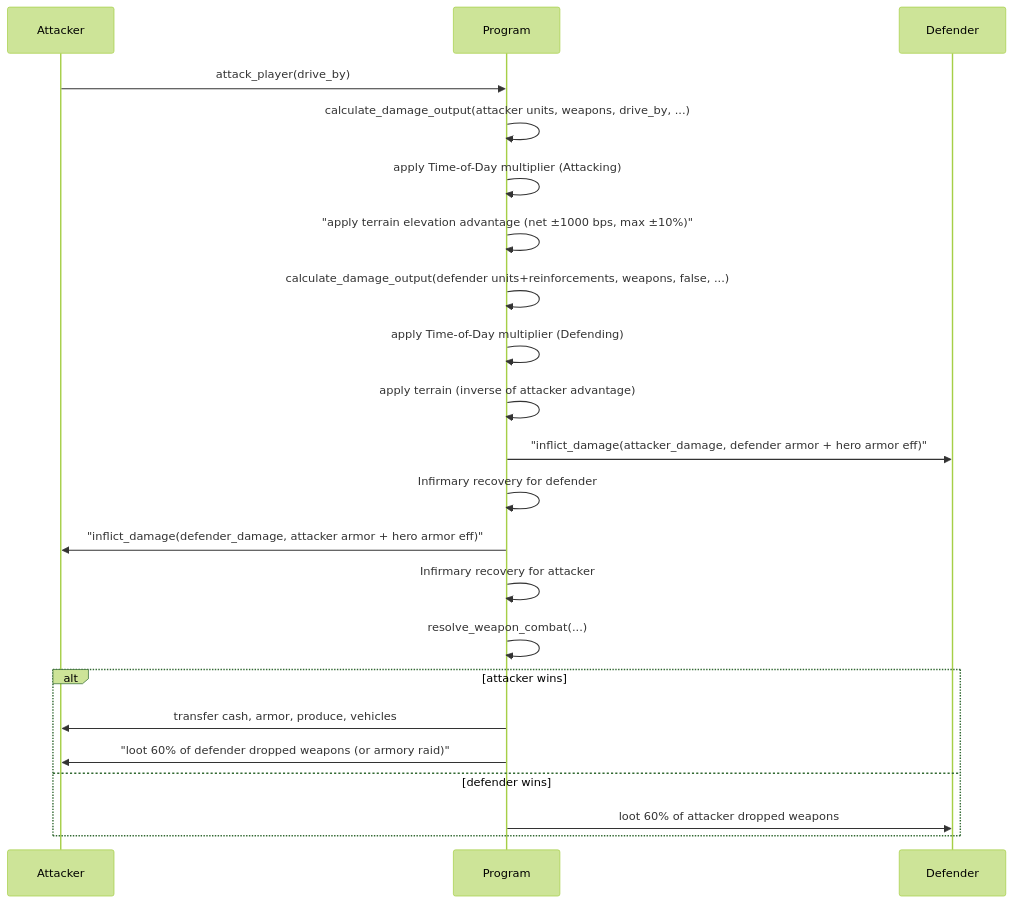
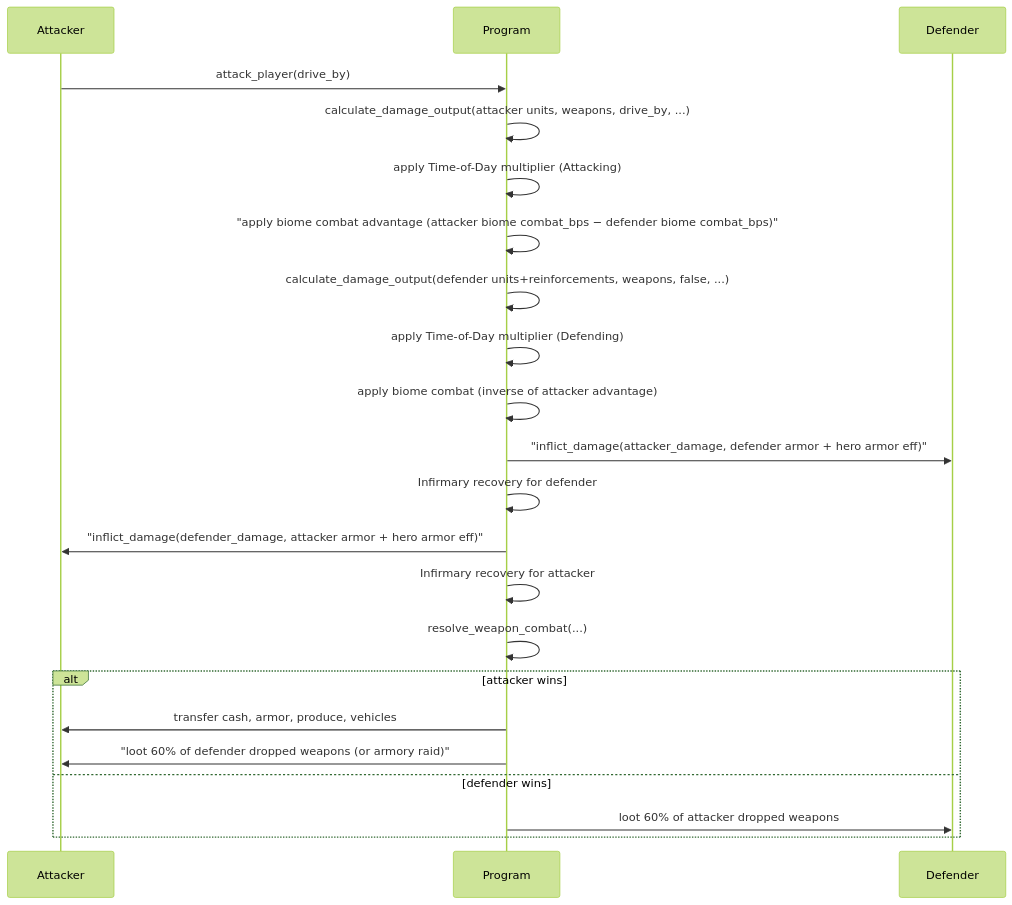
Before and after one commit to crypt0miester/novus-mundus: the second of 6 diagrams in docs/onchain/04-systems/combat.md, drawn with Mermaid (forest theme). The commit also changed 100 other files, not shown here.

````diff
--- a/docs/onchain/04-systems/combat.md
+++ b/docs/onchain/04-systems/combat.md
@@ -91,25 +91,25 @@
 ```mermaid
 sequenceDiagram
     participant A as Attacker
     participant Program
     participant D as Defender
 
     A->>Program: attack_player(drive_by)
     Program->>Program: calculate_damage_output(attacker units, weapons, drive_by, ...)
     Program->>Program: apply Time-of-Day multiplier (Attacking)
-    Program->>Program: "apply terrain elevation advantage (net ±1000 bps, max ±10%)"
+    Program->>Program: "apply biome combat advantage (attacker biome combat_bps − defender biome combat_bps)"
     Program->>Program: calculate_damage_output(defender units+reinforcements, weapons, false, ...)
     Program->>Program: apply Time-of-Day multiplier (Defending)
-    Program->>Program: apply terrain (inverse of attacker advantage)
+    Program->>Program: apply biome combat (inverse of attacker advantage)
     Program->>D: "inflict_damage(attacker_damage, defender armor + hero armor eff)"
     Program->>Program: Infirmary recovery for defender
     Program->>A: "inflict_damage(defender_damage, attacker armor + hero armor eff)"
     Program->>Program: Infirmary recovery for attacker
     Program->>Program: resolve_weapon_combat(...)
     alt attacker wins
         Program->>A: transfer cash, armor, produce, vehicles
         Program->>A: "loot 60% of defender dropped weapons (or armory raid)"
     else defender wins
         Program->>D: loot 60% of attacker dropped weapons
     end
 ```
````
